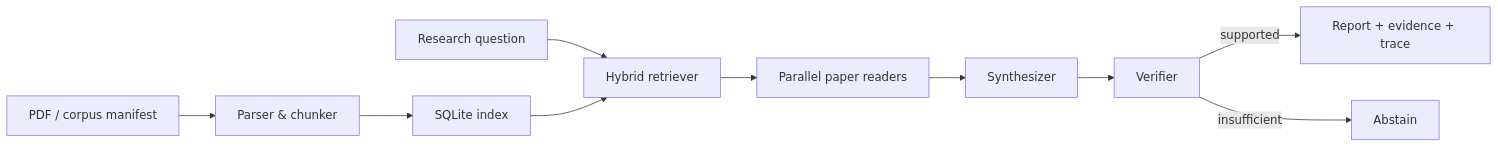
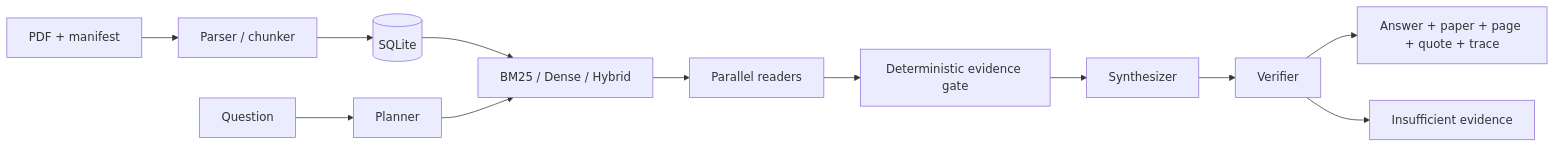
Before and after one commit to 7Aang/paper-agent: the diagram in README.md, drawn with Mermaid. The commit also changed other lines of this file and 51 other files, not shown here.

````diff
--- a/README.md
+++ b/README.md
@@ -13,12 +9,14 @@
 ```mermaid
 flowchart LR
-    A[PDF / corpus manifest] --> B[Parser & chunker]
-    B --> C[SQLite index]
-    Q[Research question] --> D[Hybrid retriever]
-    C --> D
-    D --> E[Parallel paper readers]
-    E --> F[Synthesizer]
-    F --> G[Verifier]
-    G -->|supported| H[Report + evidence + trace]
-    G -->|insufficient| I[Abstain]
+    PDF[PDF + manifest] --> Parse[Parser / chunker]
+    Parse --> DB[(SQLite)]
+    Q[Question] --> Plan[Planner]
+    DB --> R[BM25 / Dense / Hybrid]
+    Plan --> R
+    R --> Readers[Parallel readers]
+    Readers --> Gate[Deterministic evidence gate]
+    Gate --> Synth[Synthesizer]
+    Synth --> Verify[Verifier]
+    Verify --> Report[Answer + paper + page + quote + trace]
+    Verify --> Refuse[Insufficient evidence]
 ```
````
